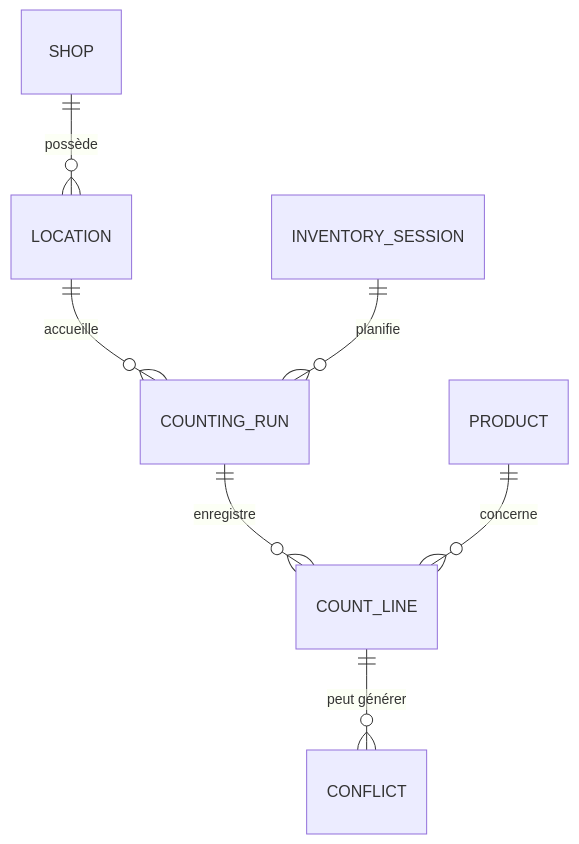
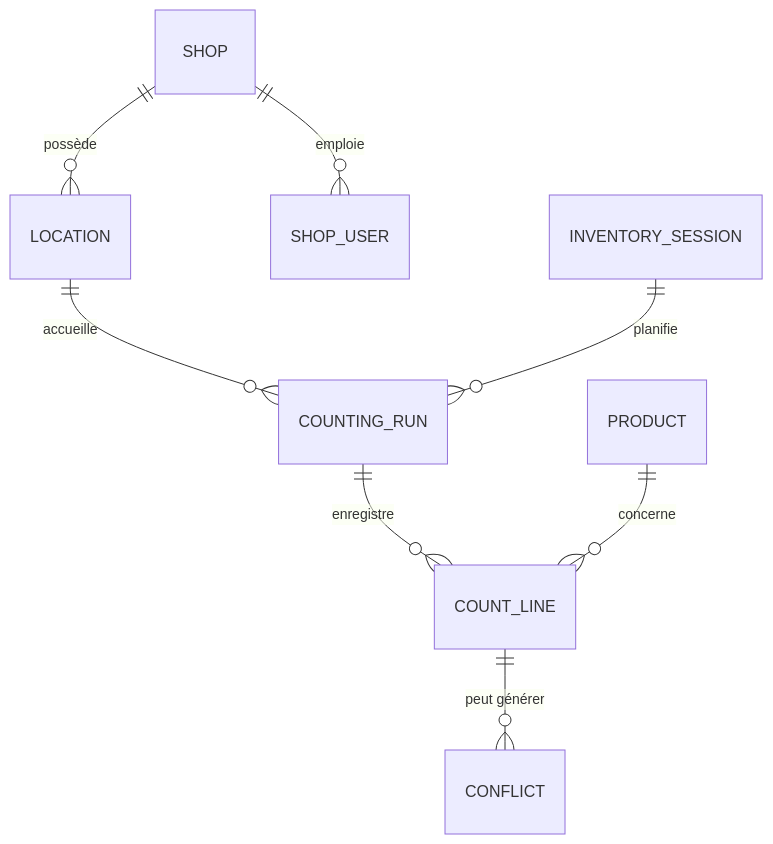
One commit to TSF-IT/CineBoutique-Inventaire changed the first of 2 diagrams in docs/database/README.md. Above: the diagram before and after it, drawn with Mermaid. The commit also changed other lines of this file and 9 other files, not shown here.

````diff
--- a/docs/database/README.md
+++ b/docs/database/README.md
@@ -7,9 +7,10 @@
 ```mermaid
 erDiagram
     SHOP ||--o{ LOCATION : "possède"
+    SHOP ||--o{ SHOP_USER : "emploie"
     LOCATION ||--o{ COUNTING_RUN : "accueille"
     INVENTORY_SESSION ||--o{ COUNTING_RUN : "planifie"
     COUNTING_RUN ||--o{ COUNT_LINE : "enregistre"
     PRODUCT ||--o{ COUNT_LINE : "concerne"
     COUNT_LINE ||--o{ CONFLICT : "peut générer"
 ```
````
